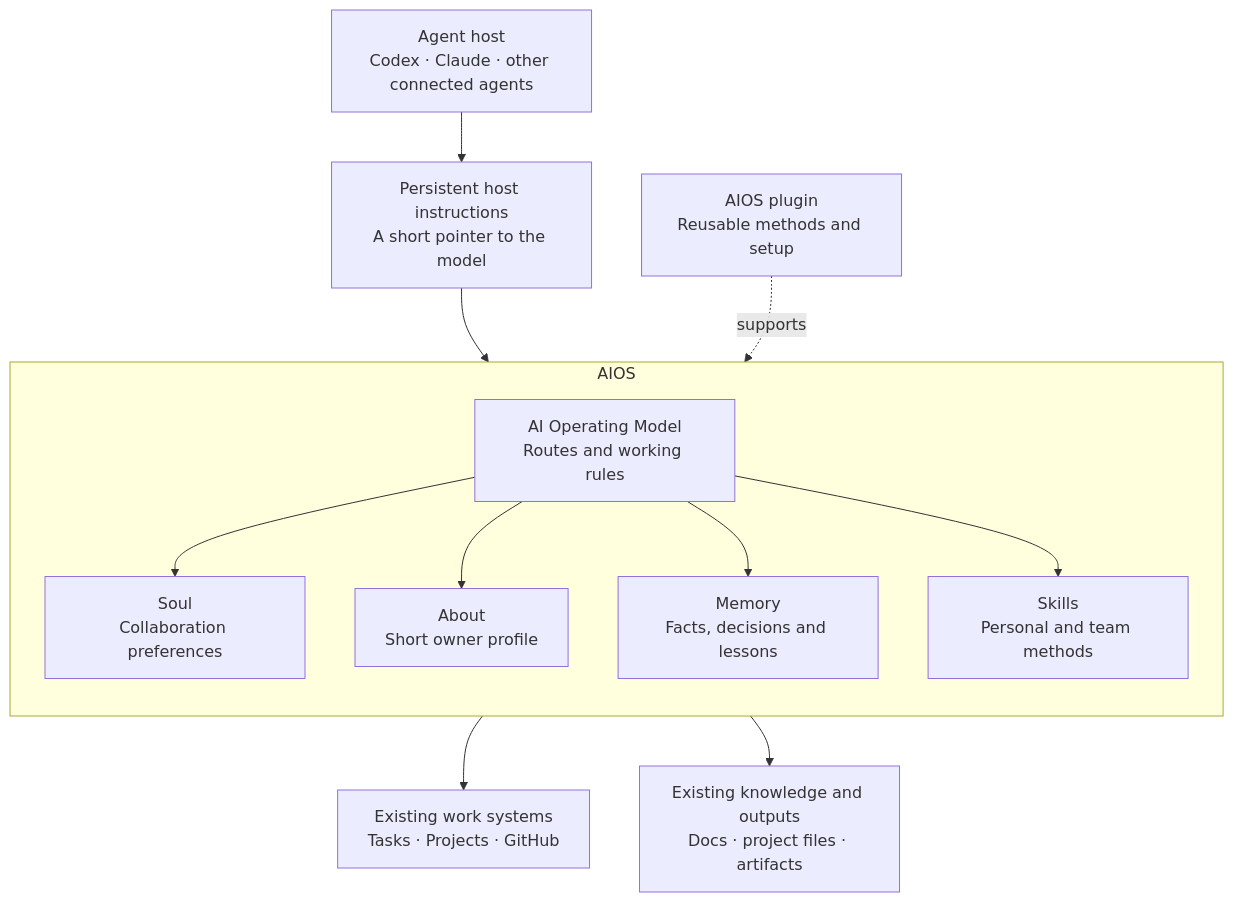
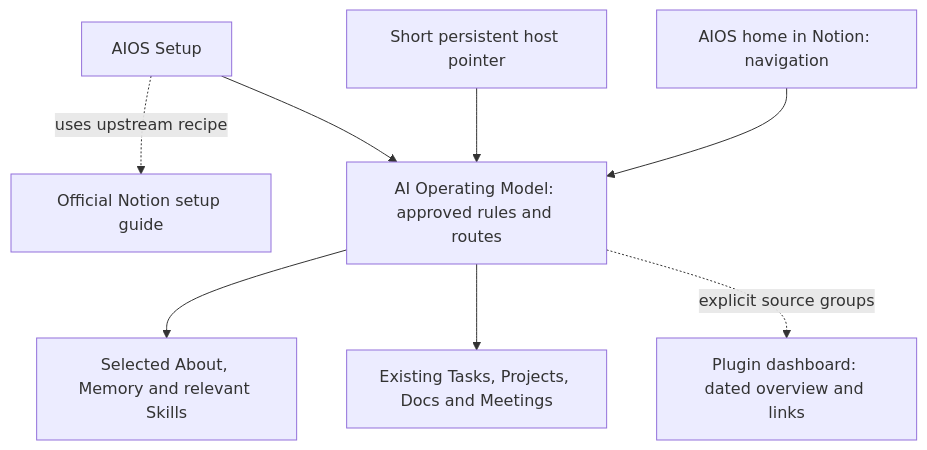
Before and after one commit to onlinesourdough/AIOS-plugin: the diagram in README.md, drawn with Mermaid. The commit also changed other lines of this file and 17 other files, not shown here.

First line of the commit message:
Make AIOS setup reuse native sources and working connections

````diff
--- a/README.md
+++ b/README.md
@@ -77,23 +80,10 @@
 ```mermaid
 flowchart TB
-  Host["Agent host<br>Codex · Claude · other connected agents"]
-  Instructions["Persistent host instructions<br>A short pointer to the model"]
-  Plugin["AIOS plugin<br>Reusable methods and setup"]
-  Host --> Instructions
-  Instructions --> Model
-  Plugin -. supports .-> Model
-  subgraph Vault["AIOS"]
-    direction TB
-    Model["AI Operating Model<br>Routes and working rules"]
-    Soul["Soul<br>Collaboration preferences"]
-    About["About<br>Short owner profile"]
-    Memory["Memory<br>Facts, decisions and lessons"]
-    Skills["Skills<br>Personal and team methods"]
-    Model --> Soul
-    Model --> About
-    Model --> Memory
-    Model --> Skills
-  end
-  Model --> Work["Existing work systems<br>Tasks · Projects · GitHub"]
-  Model --> Outputs["Existing knowledge and outputs<br>Docs · project files · artifacts"]
+  Setup["AIOS Setup"] -. "uses upstream recipe" .-> Upstream["Official Notion setup guide"]
+  Setup --> Model["AI Operating Model: approved rules and routes"]
+  Host["Short persistent host pointer"] --> Model
+  Home["AIOS home in Notion: navigation"] --> Model
+  Model --> Context["Selected About, Memory and relevant Skills"]
+  Model --> Work["Existing Tasks, Projects, Docs and Meetings"]
+  Model -. "explicit source groups" .-> Panel["Plugin dashboard: dated overview and links"]
 ```
````
